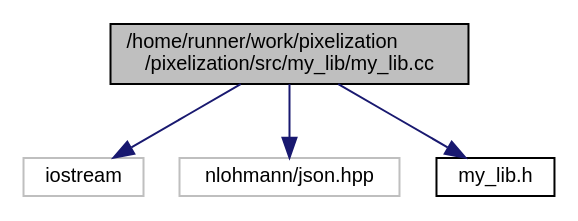
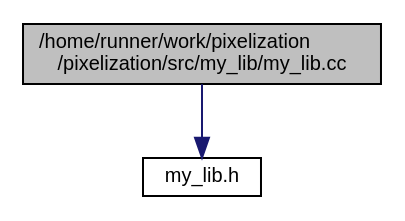
Before and after one commit to lukki15/pixelization: the diagram in my__lib_8cc__incl.dot, drawn with Graphviz. The commit also changed 15 other files, not shown here.

```diff
--- a/my__lib_8cc__incl.dot
+++ b/my__lib_8cc__incl.dot
@@ -1,13 +1,9 @@
 digraph "/home/runner/work/pixelization/pixelization/src/my_lib/my_lib.cc"
 {
  // LATEX_PDF_SIZE
   edge [fontname="Helvetica",fontsize="10",labelfontname="Helvetica",labelfontsize="10"];
   node [fontname="Helvetica",fontsize="10",shape=record];
   Node1 [label="/home/runner/work/pixelization\l/pixelization/src/my_lib/my_lib.cc",height=0.2,width=0.4,color="black", fillcolor="grey75", style="filled", fontcolor="black",tooltip=" "];
   Node1 -> Node2 [color="midnightblue",fontsize="10",style="solid",fontname="Helvetica"];
-  Node2 [label="iostream",height=0.2,width=0.4,color="grey75", fillcolor="white", style="filled",tooltip=" "];
-  Node1 -> Node3 [color="midnightblue",fontsize="10",style="solid",fontname="Helvetica"];
-  Node3 [label="nlohmann/json.hpp",height=0.2,width=0.4,color="grey75", fillcolor="white", style="filled",tooltip=" "];
-  Node1 -> Node4 [color="midnightblue",fontsize="10",style="solid",fontname="Helvetica"];
-  Node4 [label="my_lib.h",height=0.2,width=0.4,color="black", fillcolor="white", style="filled",URL="$my__lib_8h.html",tooltip=" "];
+  Node2 [label="my_lib.h",height=0.2,width=0.4,color="black", fillcolor="white", style="filled",URL="$my__lib_8h.html",tooltip=" "];
 }
```
